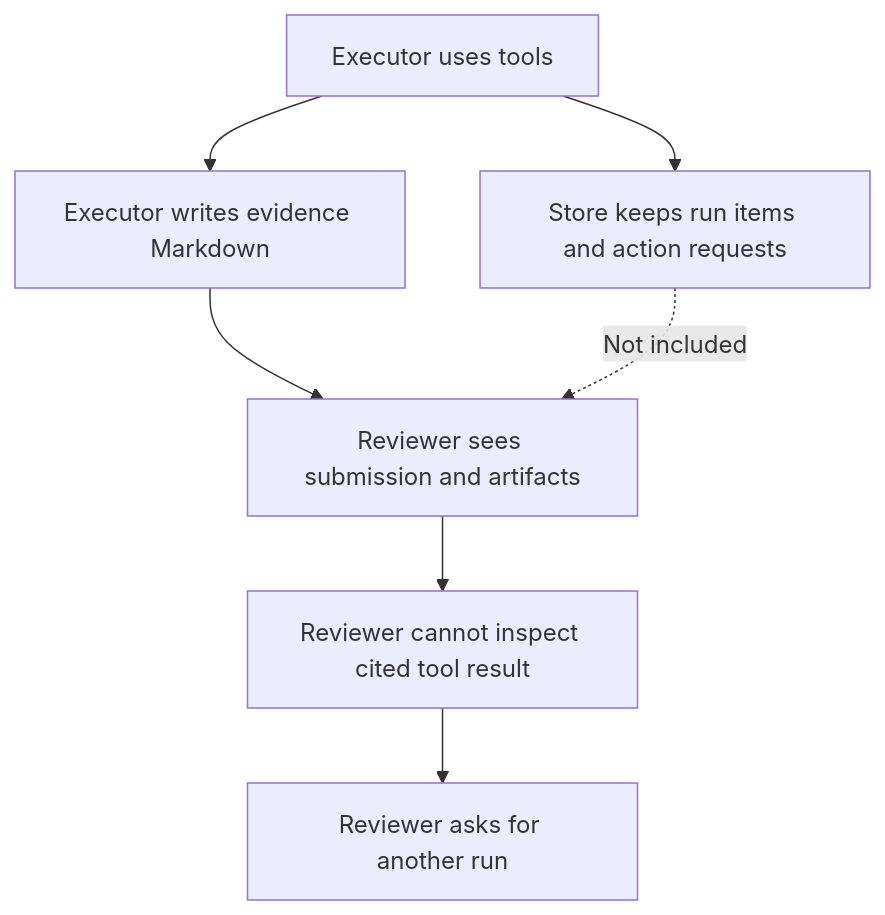
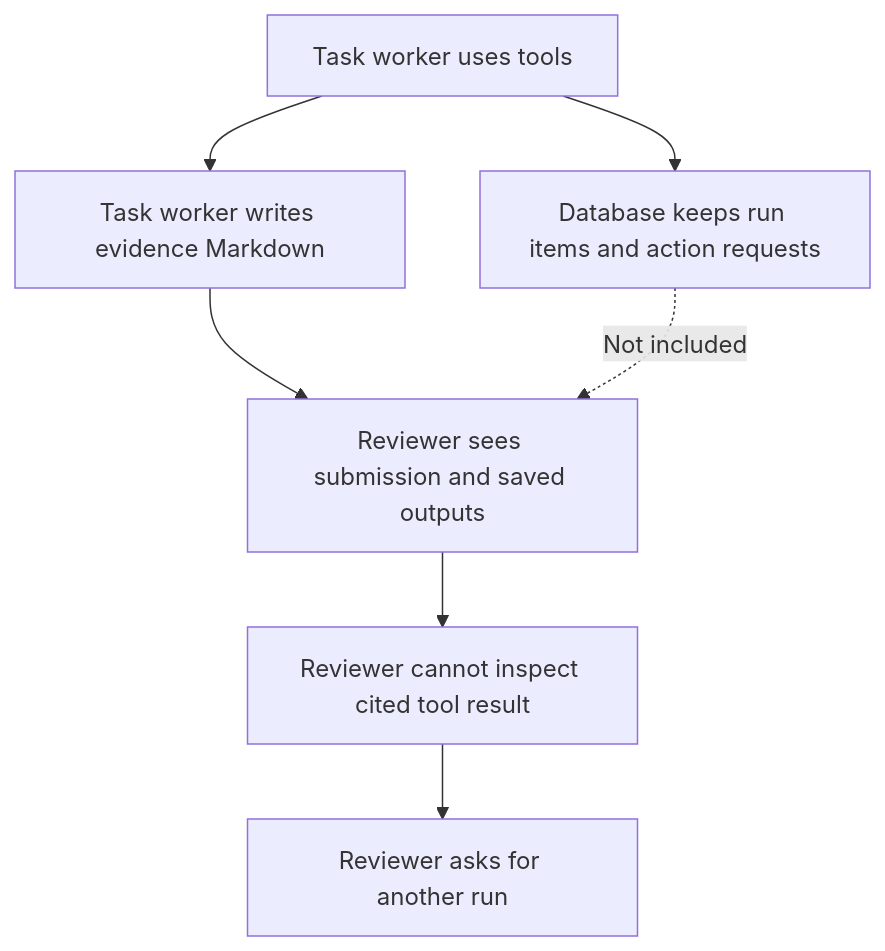
Before and after one commit to kpsuperplane/Noema: diagram 17 of 29 in docs/superpowers/plans/2026-08-08-noema-practical-reliability-roadmap.md, drawn with Mermaid. The commit also changed other lines of this file, not shown here.

Commit message:
docs: apply plain terms across roadmap

````diff
--- a/docs/superpowers/plans/2026-08-08-noema-practical-reliability-roadmap.md
+++ b/docs/superpowers/plans/2026-08-08-noema-practical-reliability-roadmap.md
@@ -1051,13 +1061,13 @@
 ```mermaid
 flowchart TD
-    A["Executor uses tools"]
-    B["Store keeps run items and action requests"]
-    C["Executor writes evidence Markdown"]
-    D["Reviewer sees submission and artifacts"]
+    A["Task worker uses tools"]
+    B["Database keeps run items and action requests"]
+    C["Task worker writes evidence Markdown"]
+    D["Reviewer sees submission and saved outputs"]
     E["Reviewer cannot inspect cited tool result"]
     F["Reviewer asks for another run"]
 
     A --> B
     A --> C --> D --> E --> F
     B -.->|Not included| D
 ```
````
